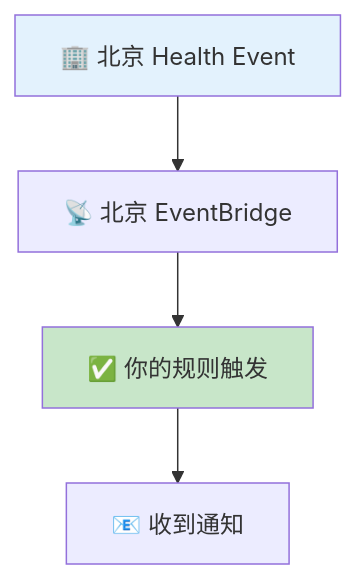
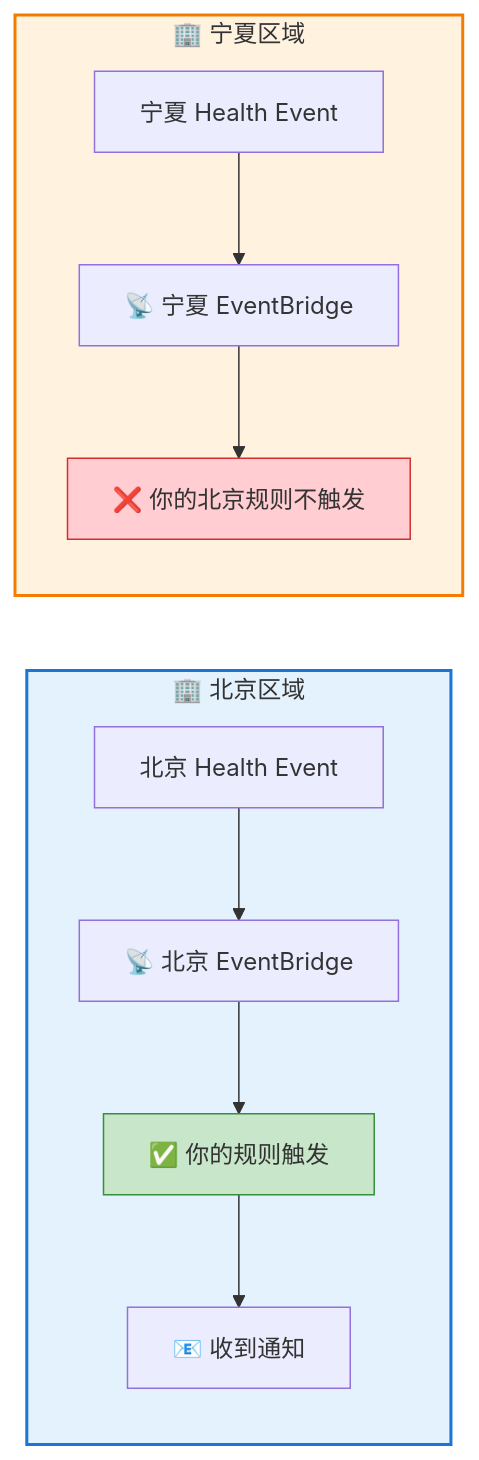
The first of 3 diagrams in README.md (mengchen-tam/event-bridge-health-change-for-backup-region), drawn with Mermaid before and after one commit. The commit also changed other lines of this file, not shown here.

Commit message:
Replace table layout with single Mermaid diagrams for better web display

````diff
--- a/README.md
+++ b/README.md
@@ -24,9 +19,18 @@
 ```mermaid
-graph TD
-    A1[🏢 北京 Health Event] --> B1[📡 北京 EventBridge]
-    B1 --> C1[✅ 你的规则触发]
-    C1 --> D1[📧 收到通知]
+graph LR
+    subgraph Beijing["🏢 北京区域"]
+        A1[北京 Health Event] --> B1[📡 北京 EventBridge]
+        B1 --> C1[✅ 你的规则触发]
+        C1 --> D1[📧 收到通知]
+    end
     
-    style A1 fill:#e3f2fd
-    style C1 fill:#c8e6c9
+    subgraph Ningxia["🏢 宁夏区域"]
+        A2[宁夏 Health Event] --> B2[📡 宁夏 EventBridge]
+        B2 --> C2[❌ 你的北京规则不触发]
+    end
+    
+    style Beijing fill:#e3f2fd,stroke:#1976d2,stroke-width:2px
+    style Ningxia fill:#fff3e0,stroke:#f57c00,stroke-width:2px
+    style C1 fill:#c8e6c9,stroke:#388e3c
+    style C2 fill:#ffcdd2,stroke:#d32f2f
 ```
````
